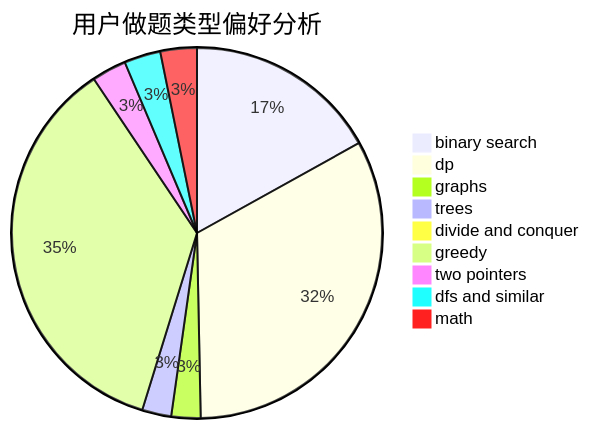
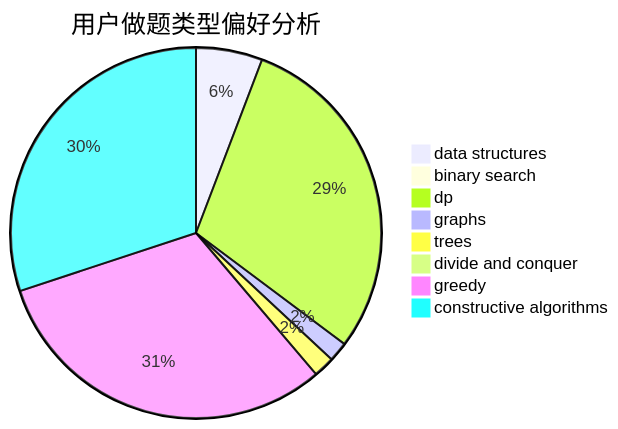
One commit to sherpahu/cfrs.github.io changed the second of 3 diagrams in docs/user/u1425.md. Above: the diagram before and after it, drawn with Mermaid. The commit also changed other lines of this file and 2775 other files, not shown here.

````diff
--- a/docs/user/u1425.md
+++ b/docs/user/u1425.md
@@ -23,12 +23,11 @@
 ```mermaid
 pie title 用户做题类型偏好分析
-    "binary search" :  319
-    "dp" :  617
-    "graphs" :  48
-    "trees" :  48
-    "divide and conquer" :  18
-    "greedy" :  675
-    "two pointers" :  57
-    "dfs and similar" :  60
-    "math" :  60
+    "data structures" :  91
+    "binary search" :  7
+    "dp" :  462
+    "graphs" :  27
+    "trees" :  29
+    "divide and conquer" :  13
+    "greedy" :  489
+    "constructive algorithms" :  472
 ```
````
